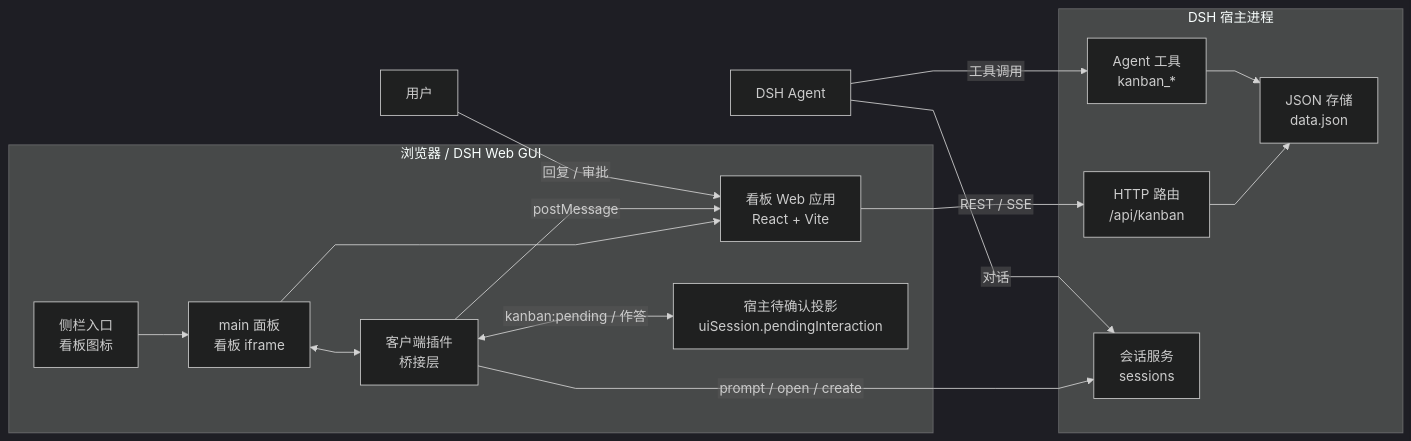
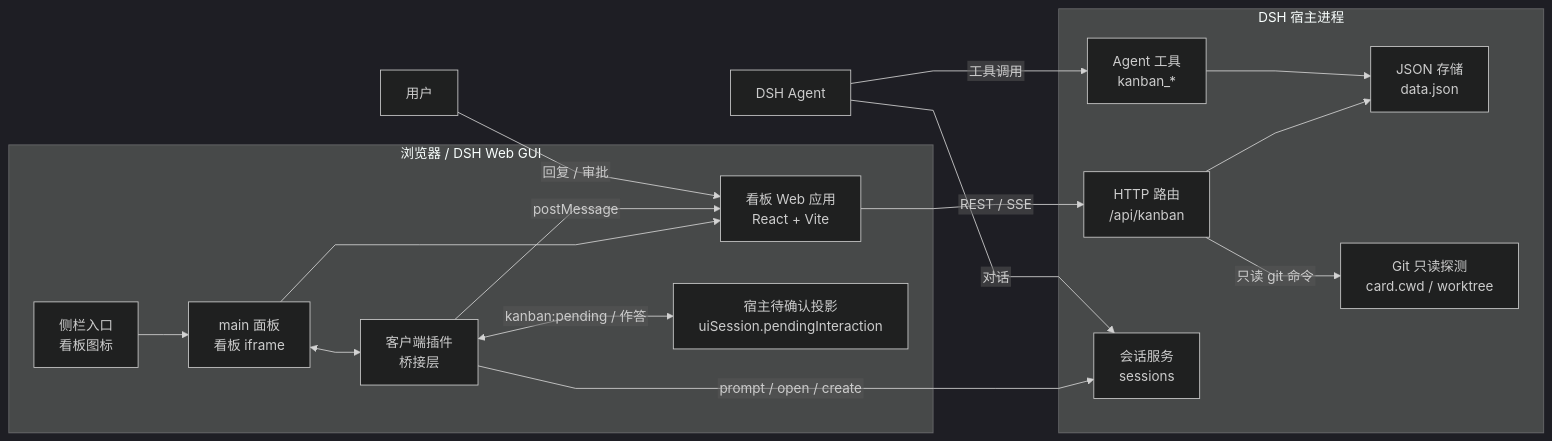
One commit to roxorlt/dsh-kanban changed the first of 7 diagrams in docs/04-architecture.md. Above: the diagram before and after it, drawn with Mermaid (dark theme). The commit also changed other lines of this file and 36 other files, not shown here.

First line of the commit message:
feat(v0.13.0): 卡片详情「分支 / 工作树」可视化（只读 Git 上下文 + 两泳道提交图）

````diff
--- a/docs/04-architecture.md
+++ b/docs/04-architecture.md
@@ -13,29 +13,31 @@
 ```mermaid
 %%{init: {"flowchart": {"curve": "linear", "htmlLabels": false, "nodeSpacing": 50, "rankSpacing": 60}}}%%
 flowchart LR
   subgraph Browser["浏览器 / DSH Web GUI"]
     Sidebar["侧栏入口<br/>看板图标"]
     Panel["main 面板<br/>看板 iframe"]
     Bridge["客户端插件<br/>桥接层"]
     BoardUI["看板 Web 应用<br/>React + Vite"]
     Pending["宿主待确认投影<br/>uiSession.pendingInteraction"]
     Sidebar --> Panel
     Panel --> BoardUI
     Panel <--> Bridge
     Bridge <-->|"kanban:pending / 作答"| Pending
   end
   subgraph Host["DSH 宿主进程"]
     WebServer["HTTP 路由<br/>/api/kanban"]
     Store["JSON 存储<br/>data.json"]
     Tools["Agent 工具<br/>kanban_*"]
     Sessions["会话服务<br/>sessions"]
+    GitProbe["Git 只读探测<br/>card.cwd / worktree"]
   end
   BoardUI -->|"REST / SSE"| WebServer
   WebServer --> Store
+  WebServer -->|"只读 git 命令"| GitProbe
   Tools --> Store
   Bridge -->|"postMessage"| BoardUI
   Bridge -->|"prompt / open / create"| Sessions
   Agent["DSH Agent"] -->|"工具调用"| Tools
   Agent -->|"对话"| Sessions
   User["用户"] -->|"回复 / 审批"| BoardUI
 ```
````
